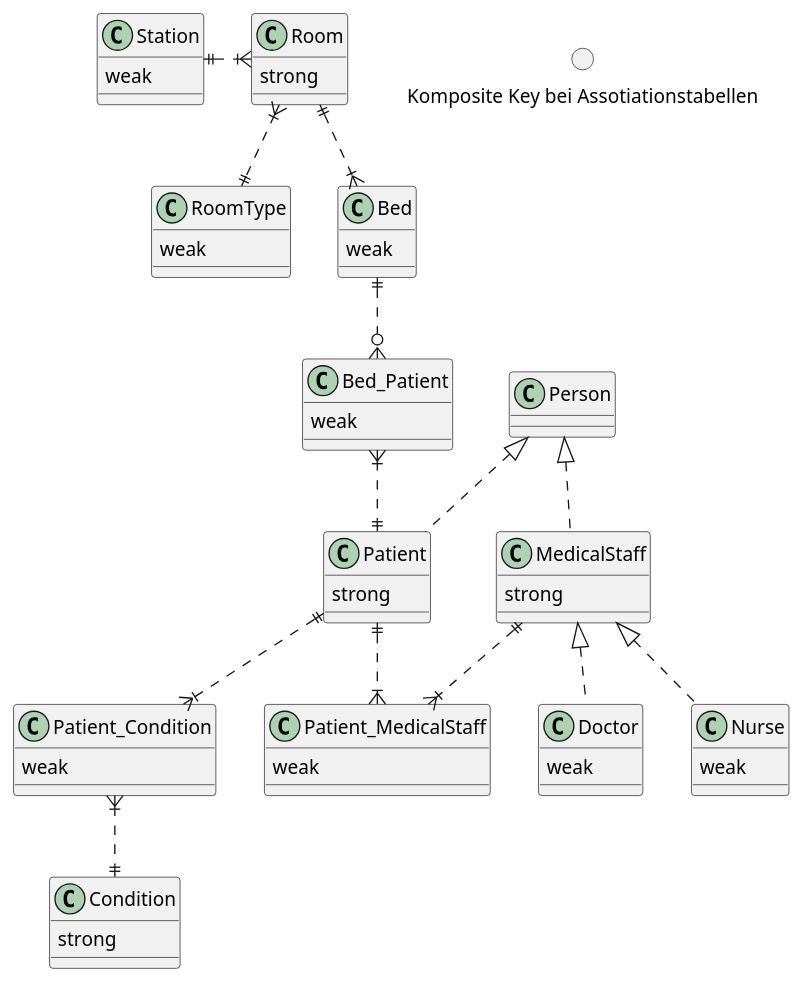
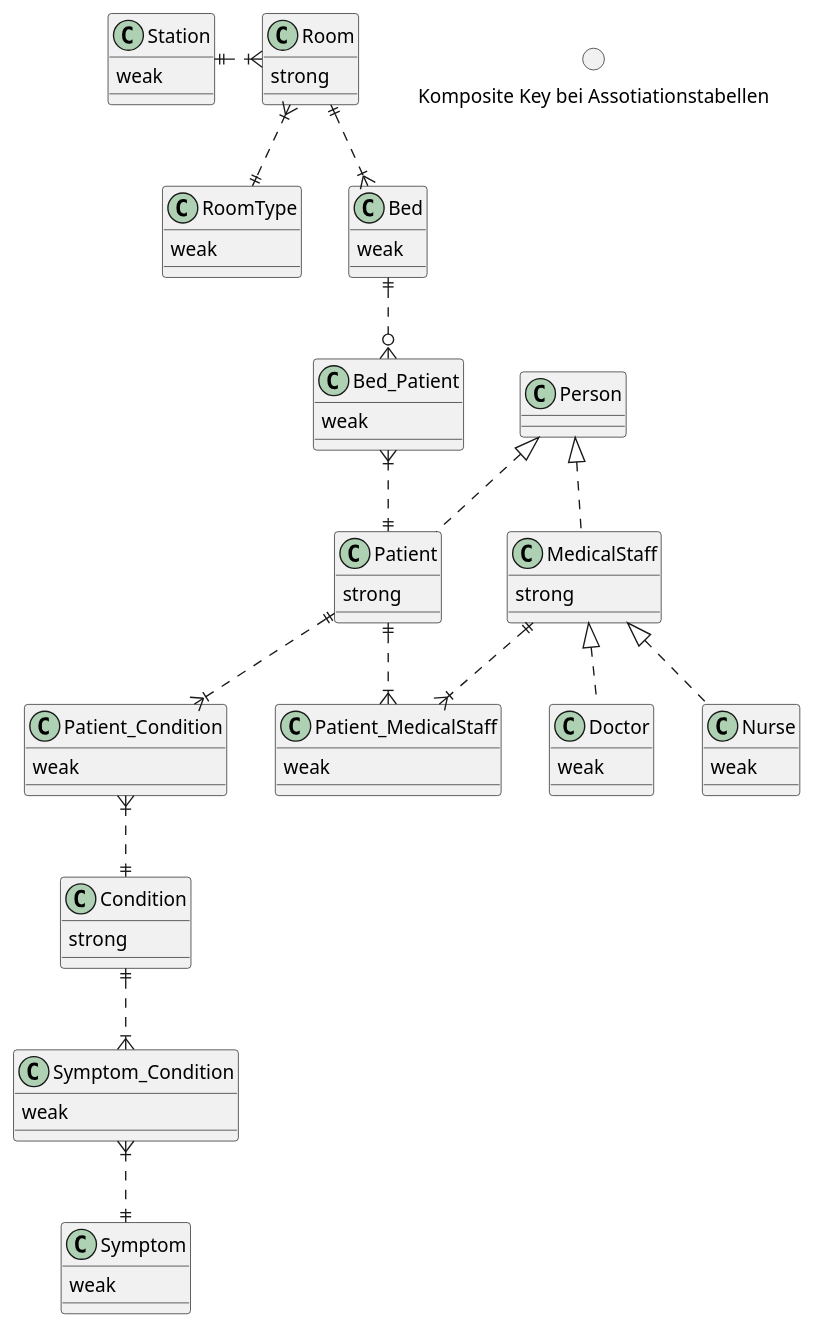
One commit to AnnaHartl/HospitalDBI changed the diagram in hospital_erd.puml. Above: the diagram before and after it, drawn with PlantUML. The commit also changed 1 other file, not shown here.

```diff
--- a/hospital_erd.puml
+++ b/hospital_erd.puml
@@ -1,67 +1,78 @@
 @startuml
 Room }|..|| RoomType
 Bed }|.u.|| Room
 Room }|.l.|| Station
 Bed ||..o{ Bed_Patient
 Bed_Patient }|..|| Patient
 Patient ||..|{ Patient_MedicalStaff
 MedicalStaff ||..|{ Patient_MedicalStaff
 MedicalStaff <|.. Doctor
 MedicalStaff <|.. Nurse
 Person <|.. MedicalStaff
 Person <|.. Patient
 
 Patient ||..|{ Patient_Condition
 Condition ||.u.|{ Patient_Condition
+
+Condition ||..|{ Symptom_Condition
+Symptom_Condition }|..|| Symptom
 
 circle "Komposite Key bei Assotiationstabellen"
 
 class Room {
  strong
 }
 
 class Bed {
  weak
 }
 
 class Station {
  weak
 }
 
 class Bed_Patient {
  weak
 }
 
 class Patient {
  strong
 }
 
 class Patient_Condition {
  weak
 }
 
 class Condition {
  strong
 }
 
 class Doctor {
  weak
 }
 
 class Nurse {
  weak
 }
 
 class MedicalStaff {
  strong
 }
 
 class Patient_MedicalStaff {
  weak
 }
 
 class RoomType{
     weak
 }
 
+class Symptom{
+    weak
+}
+
+class Symptom_Condition{
+    weak
+}
+
 @enduml
```
